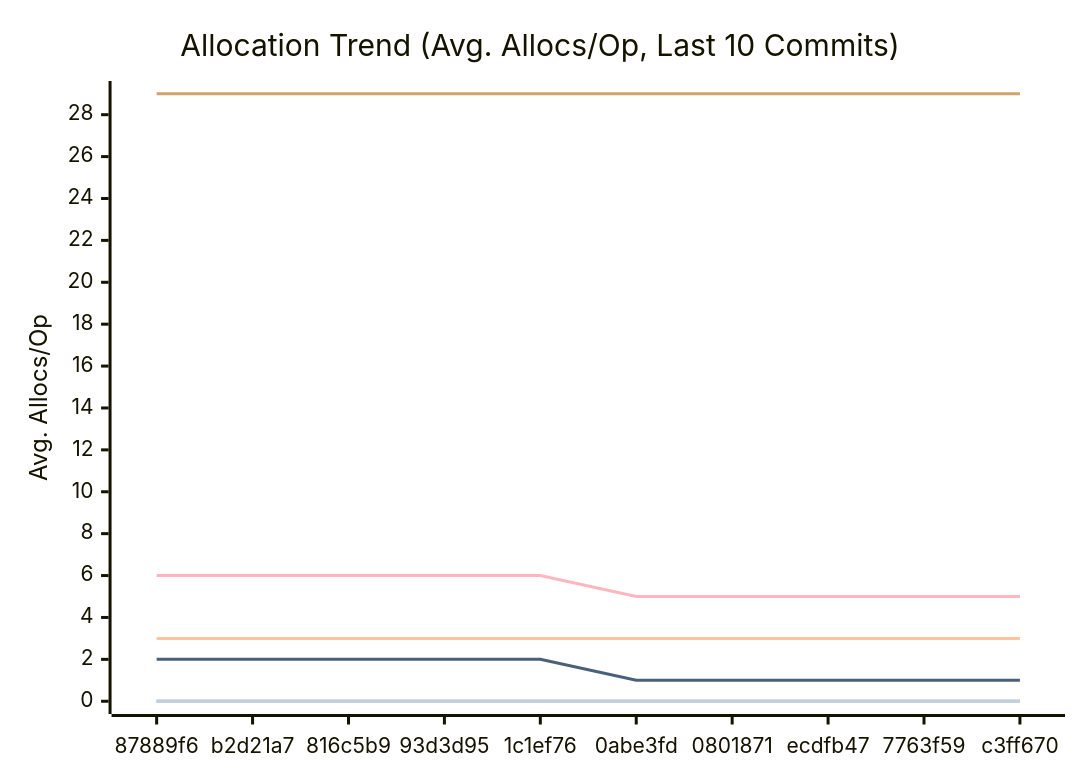
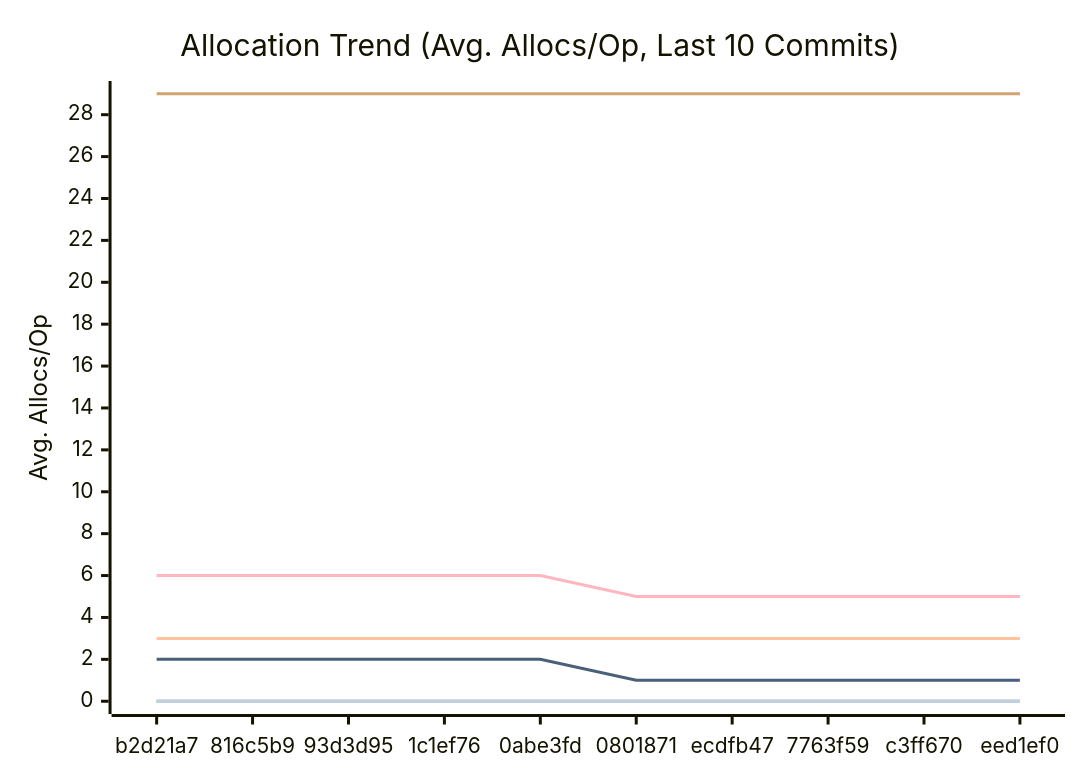
Before and after one commit to alsotoes/momo: the third of 3 diagrams in docs/PERFORMANCE.md, drawn with Mermaid. The commit also changed other lines of this file and 1 other file, not shown here.

````diff
--- a/docs/PERFORMANCE.md
+++ b/docs/PERFORMANCE.md
@@ -114,16 +114,16 @@
 ```mermaid
 xychart-beta
     title "Allocation Trend (Avg. Allocs/Op, Last 10 Commits)"
     x-axis "Commit"
     y-axis "Avg. Allocs/Op"
-    x-axis [87889f6,b2d21a7,816c5b9,93d3d95,1c1ef76,0abe3fd,0801871,ecdfb47,7763f59,c3ff670]
+    x-axis [b2d21a7,816c5b9,93d3d95,1c1ef76,0abe3fd,0801871,ecdfb47,7763f59,c3ff670,eed1ef0]
     line "CheckMetricsAndSwap" [0,0,0,0,0,0,0,0,0,0]
     line "CrushOptimized" [0,0,0,0,0,0,0,0,0,0]
     line "CrushOriginal" [3,3,3,3,3,3,3,3,3,3]
     line "IndexDirectTracking" [0,0,0,0,0,0,0,0,0,0]
     line "IndexSearch" [0,0,0,0,0,0,0,0,0,0]
     line "LoadGlobalConfig" [29,29,29,29,29,29,29,29,29,29]
     line "PadString" [0,0,0,0,0,0,0,0,0,0]
     line "ParseReplicationOrder_NoPrealloc" [6,6,6,6,6,5,5,5,5,5]
     line "ParseReplicationOrder_Prealloc" [2,2,2,2,2,1,1,1,1,1]
 ```
````
